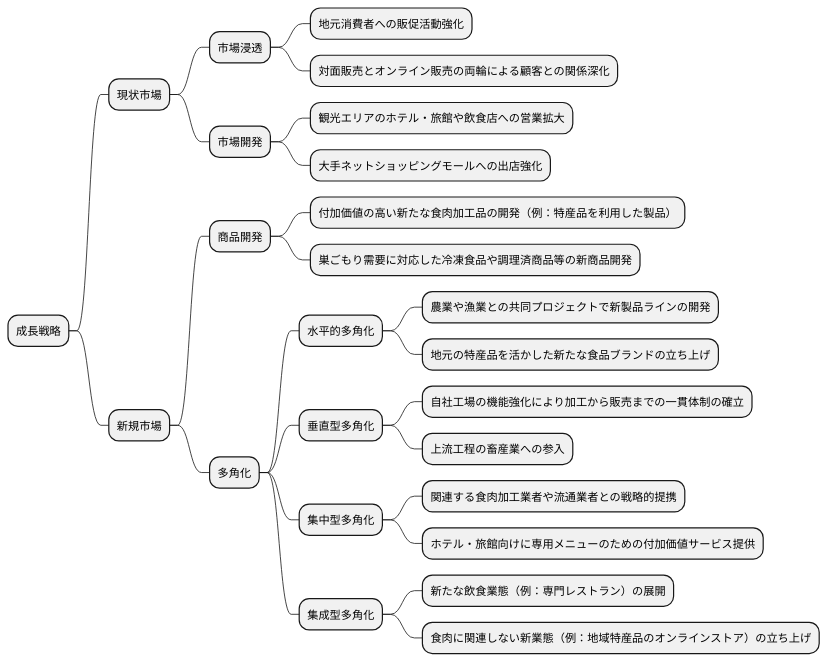
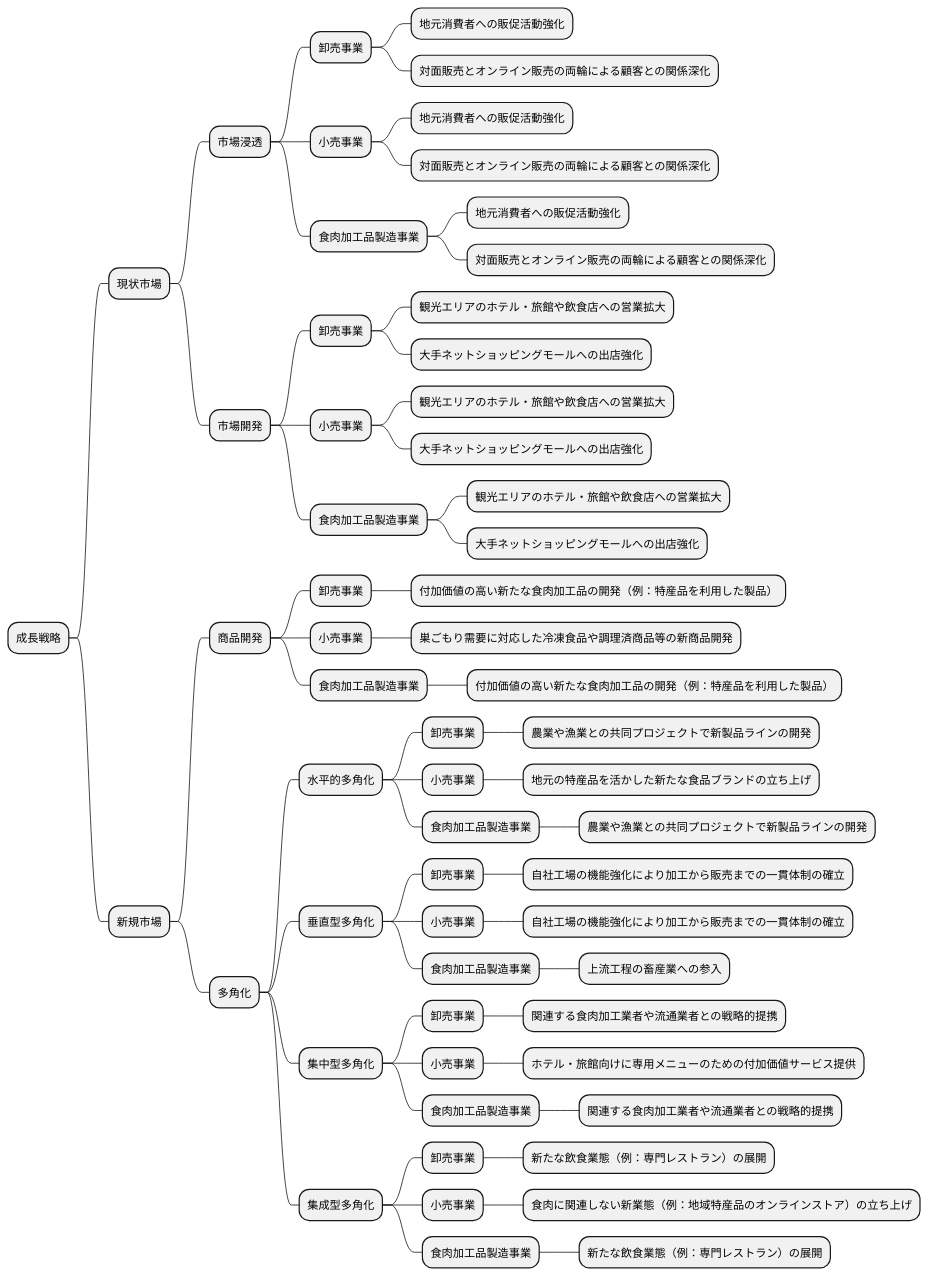
The fifth of 15 diagrams in docs/case/r04_case_2.adoc (k2works/case-sutudy-business-analysis), drawn with PlantUML before and after one commit. The commit also changed other lines of this file, not shown here.

```diff
--- a/docs/case/r04_case_2.adoc
+++ b/docs/case/r04_case_2.adoc
@@ -244,30 +259,70 @@
 [plantuml]
 ----
 @startmindmap
 * 成長戦略
 ** 現状市場
 *** 市場浸透
-**** 地元消費者への販促活動強化
-**** 対面販売とオンライン販売の両輪による顧客との関係深化
+**** 卸売事業
+***** 地元消費者への販促活動強化
+***** 対面販売とオンライン販売の両輪による顧客との関係深化
+**** 小売事業
+***** 地元消費者への販促活動強化
+***** 対面販売とオンライン販売の両輪による顧客との関係深化
+**** 食肉加工品製造事業
+***** 地元消費者への販促活動強化
+***** 対面販売とオンライン販売の両輪による顧客との関係深化
+
 *** 市場開発
-**** 観光エリアのホテル・旅館や飲食店への営業拡大
-**** 大手ネットショッピングモールへの出店強化
+**** 卸売事業
+***** 観光エリアのホテル・旅館や飲食店への営業拡大
+***** 大手ネットショッピングモールへの出店強化
+**** 小売事業
+***** 観光エリアのホテル・旅館や飲食店への営業拡大
+***** 大手ネットショッピングモールへの出店強化
+**** 食肉加工品製造事業
+***** 観光エリアのホテル・旅館や飲食店への営業拡大
+***** 大手ネットショッピングモールへの出店強化
+
 ** 新規市場
 *** 商品開発
-**** 付加価値の高い新たな食肉加工品の開発（例：特産品を利用した製品）
-**** 巣ごもり需要に対応した冷凍食品や調理済商品等の新商品開発
+**** 卸売事業
+***** 付加価値の高い新たな食肉加工品の開発（例：特産品を利用した製品）
+**** 小売事業
+***** 巣ごもり需要に対応した冷凍食品や調理済商品等の新商品開発
+**** 食肉加工品製造事業
+***** 付加価値の高い新たな食肉加工品の開発（例：特産品を利用した製品）
+
 *** 多角化
 **** 水平的多角化
-***** 農業や漁業との共同プロジェクトで新製品ラインの開発
-***** 地元の特産品を活かした新たな食品ブランドの立ち上げ
+***** 卸売事業
+****** 農業や漁業との共同プロジェクトで新製品ラインの開発
+***** 小売事業
+****** 地元の特産品を活かした新たな食品ブランドの立ち上げ
+***** 食肉加工品製造事業
+****** 農業や漁業との共同プロジェクトで新製品ラインの開発
+
 **** 垂直型多角化
-***** 自社工場の機能強化により加工から販売までの一貫体制の確立
-***** 上流工程の畜産業への参入
+***** 卸売事業
+****** 自社工場の機能強化により加工から販売までの一貫体制の確立
+***** 小売事業
+****** 自社工場の機能強化により加工から販売までの一貫体制の確立
+***** 食肉加工品製造事業
+****** 上流工程の畜産業への参入
+
 **** 集中型多角化
-***** 関連する食肉加工業者や流通業者との戦略的提携
-***** ホテル・旅館向けに専用メニューのための付加価値サービス提供
+***** 卸売事業
+****** 関連する食肉加工業者や流通業者との戦略的提携
+***** 小売事業
+****** ホテル・旅館向けに専用メニューのための付加価値サービス提供
+***** 食肉加工品製造事業
+****** 関連する食肉加工業者や流通業者との戦略的提携
+
 **** 集成型多角化
-***** 新たな飲食業態（例：専門レストラン）の展開
-***** 食肉に関連しない新業態（例：地域特産品のオンラインストア）の立ち上げ
+***** 卸売事業
+****** 新たな飲食業態（例：専門レストラン）の展開
+***** 小売事業
+****** 食肉に関連しない新業態（例：地域特産品のオンラインストア）の立ち上げ
+***** 食肉加工品製造事業
+****** 新たな飲食業態（例：専門レストラン）の展開
 @endmindmap
 ----
```
